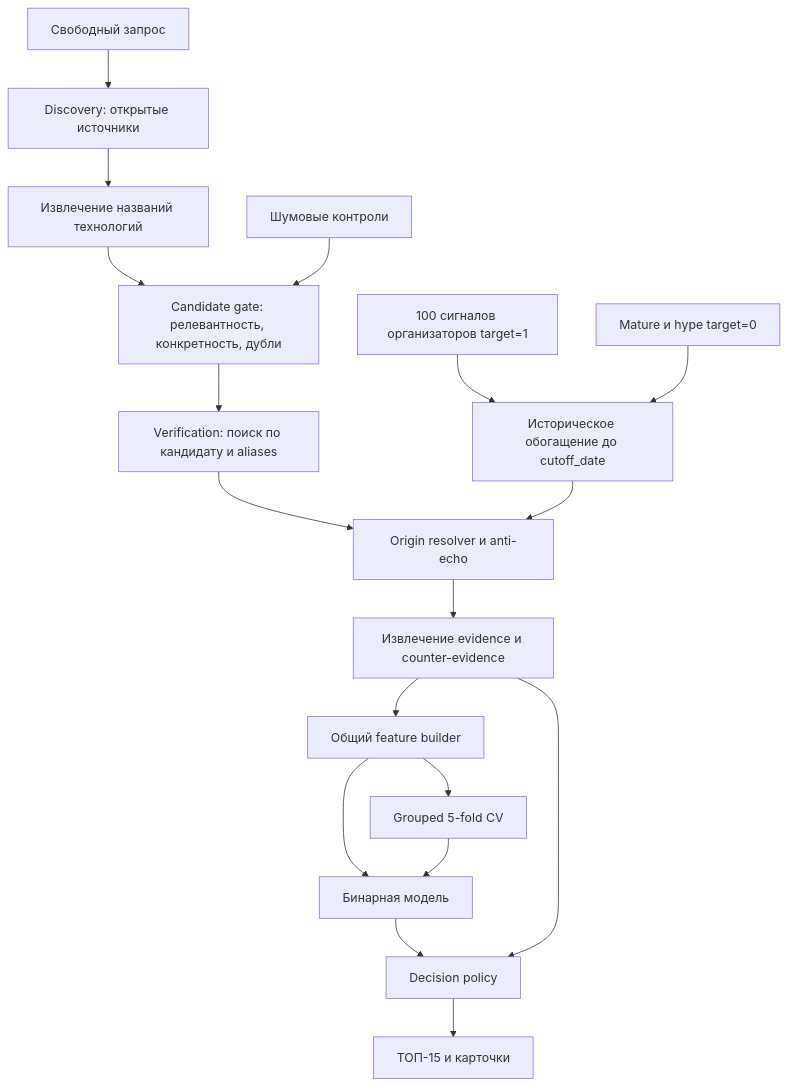
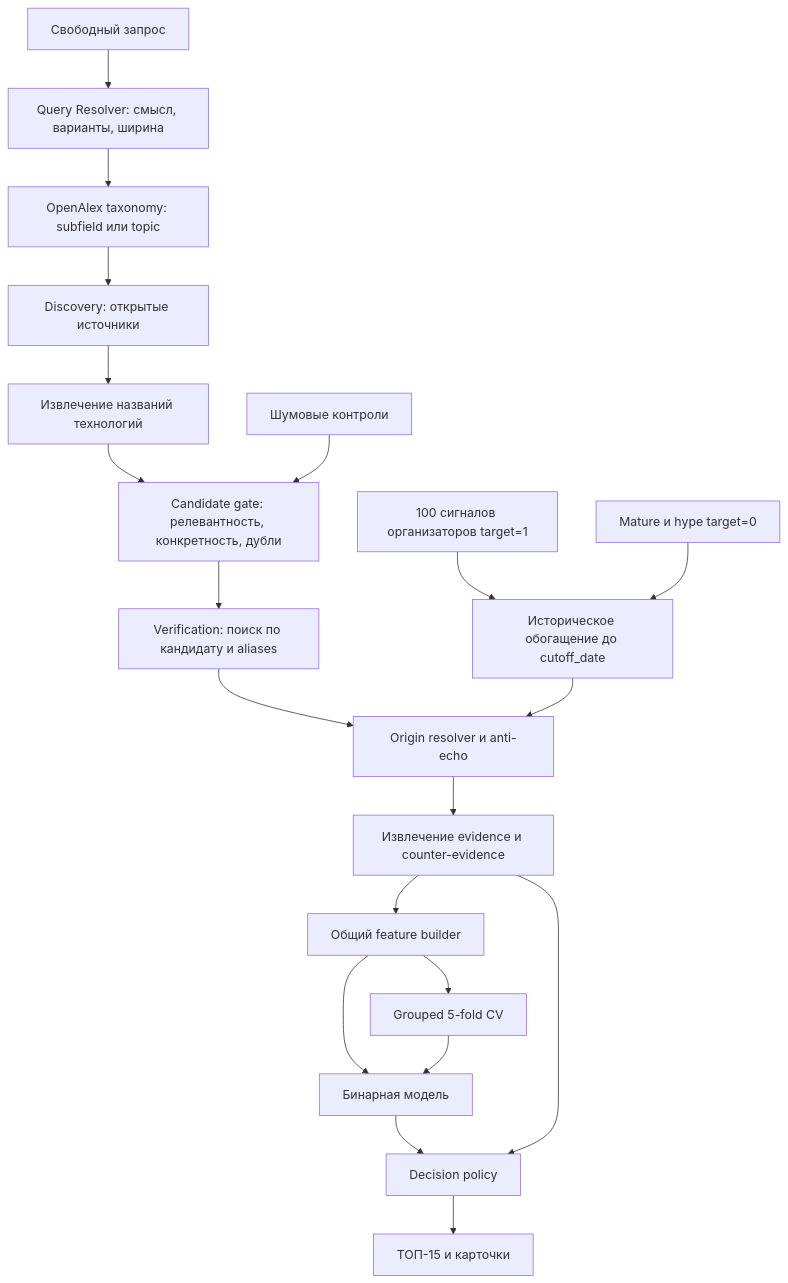
One commit to xMewrizz/NextWave changed the first of 3 diagrams in ARCHITECTURE.md. Above: the diagram before and after it, drawn with Mermaid. The commit also changed other lines of this file and 12 other files, not shown here.

Commit message:
Add query resolution and taxonomy matching

````diff
--- a/ARCHITECTURE.md
+++ b/ARCHITECTURE.md
@@ -16,22 +16,24 @@
 ```mermaid
 flowchart TB
-    Q["Свободный запрос"] --> DS["Discovery: открытые источники"]
+    Q["Свободный запрос"] --> QR["Query Resolver: смысл, варианты, ширина"]
+    QR --> TX["OpenAlex taxonomy: subfield или topic"]
+    TX --> DS["Discovery: открытые источники"]
     DS --> X["Извлечение названий технологий"]
     X --> CG["Candidate gate: релевантность, конкретность, дубли"]
     CG --> V["Verification: поиск по кандидату и aliases"]
     V --> O["Origin resolver и anti-echo"]
     O --> E["Извлечение evidence и counter-evidence"]
     E --> F["Общий feature builder"]
     F --> M["Бинарная модель"]
     M --> P["Decision policy"]
     E --> P
     P --> R["ТОП-15 и карточки"]
 
     OP["100 сигналов организаторов target=1"] --> EN["Историческое обогащение до cutoff_date"]
     ON["Mature и hype target=0"] --> EN
     EN --> O
     F --> CV["Grouped 5-fold CV"]
     CV --> M
 
     NZ["Шумовые контроли"] --> CG
 ```
````
